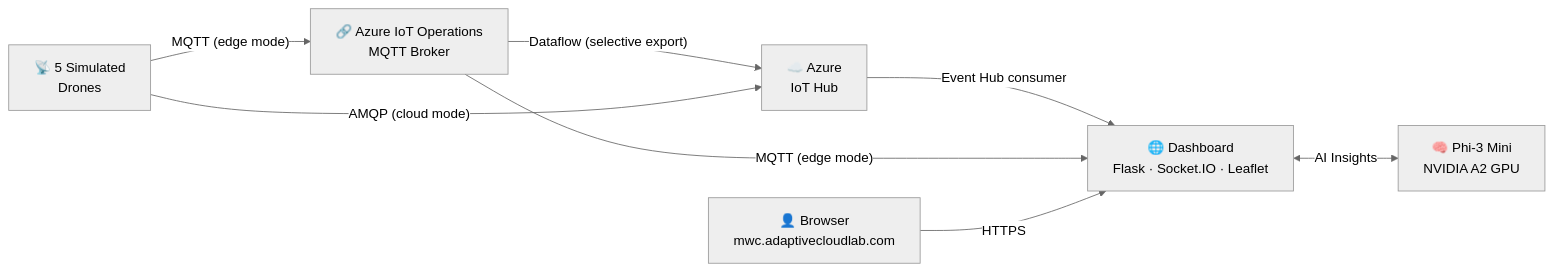
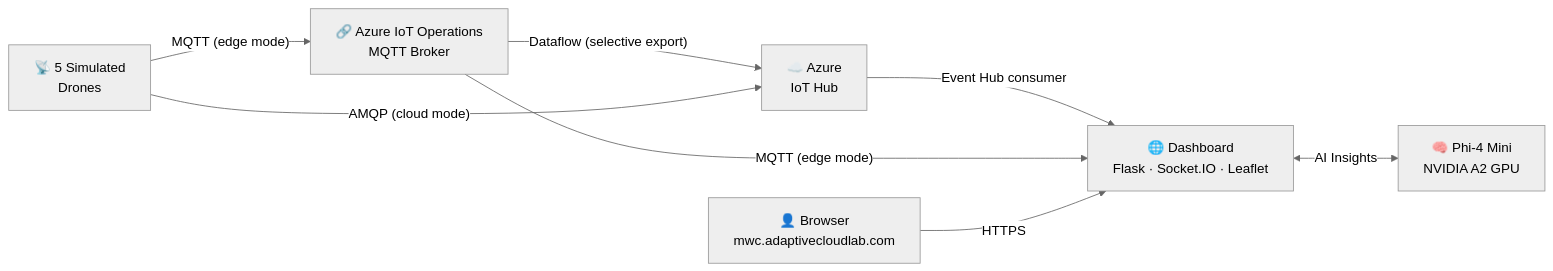
The first of 2 diagrams in README.md (mgodfre3/adaptivecloudlab-mwc26-demo), drawn with Mermaid (neutral theme) before and after one commit. The commit also changed other lines of this file and 10 other files, not shown here.

````diff
--- a/README.md
+++ b/README.md
@@ -7,15 +7,15 @@
 ```mermaid
 graph LR
     Drones["📡 5 Simulated<br/>Drones"]
     AIO["🔗 Azure IoT Operations<br/>MQTT Broker"]
     IoTHub["☁️ Azure<br/>IoT Hub"]
     Dashboard["🌐 Dashboard<br/>Flask · Socket.IO · Leaflet"]
-    Phi3["🧠 Phi-3 Mini<br/>NVIDIA A2 GPU"]
+    Phi3["🧠 Phi-4 Mini<br/>NVIDIA A2 GPU"]
     Browser["👤 Browser<br/>mwc.adaptivecloudlab.com"]
 
     Drones -->|"MQTT (edge mode)"| AIO -->|"Dataflow (selective export)"| IoTHub
     Drones -->|"AMQP (cloud mode)"| IoTHub -->|"Event Hub consumer"| Dashboard
     AIO -->|"MQTT (edge mode)"| Dashboard
     Dashboard <-->|"AI Insights"| Phi3
     Browser -->|"HTTPS"| Dashboard
 ```
````
